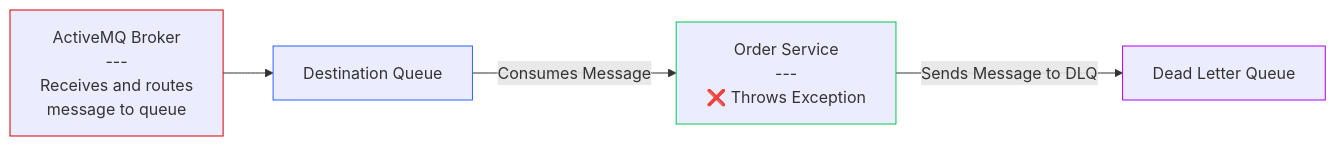
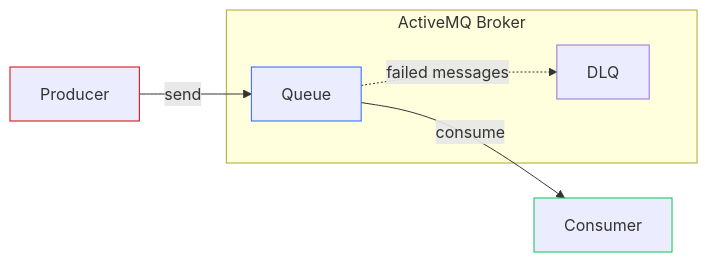
The fifth of 5 diagrams in tasks/Task_4.md (Waleed2660/springboot-learning-kit), drawn with Mermaid before and after one commit. The commit also changed other lines of this file and 15 other files, not shown here.

````diff
--- a/tasks/Task_4.md
+++ b/tasks/Task_4.md
@@ -92,11 +114,16 @@
 ```mermaid
 flowchart LR
-    A["ActiveMQ Broker<br>---<br>Receives and routes<br>message to queue"] --> B["Destination Queue"]
-    B -- Consumes Message --> C["Order Service <br/> --- <br/> ❌ Throws Exception"]
-    C -- Sends Message to DLQ --> D["Dead Letter Queue"]
+    A[Producer] -->|send| B[Queue]
+    B -->|consume| C[Consumer]
+
+    B -.->|failed messages| DLQ
+  
+    subgraph "ActiveMQ Broker"
+      B
+      DLQ
+    end
     
     style A stroke:#D50000
     style B stroke:#2962FF
     style C stroke:#00C853
-    style D stroke:#AA00FF
 ```
````
